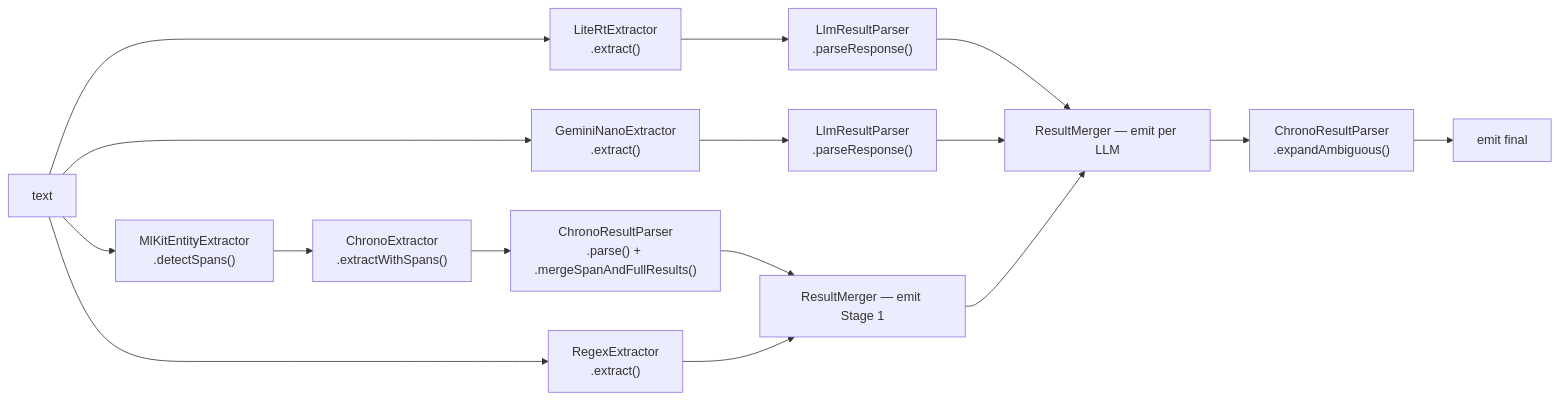
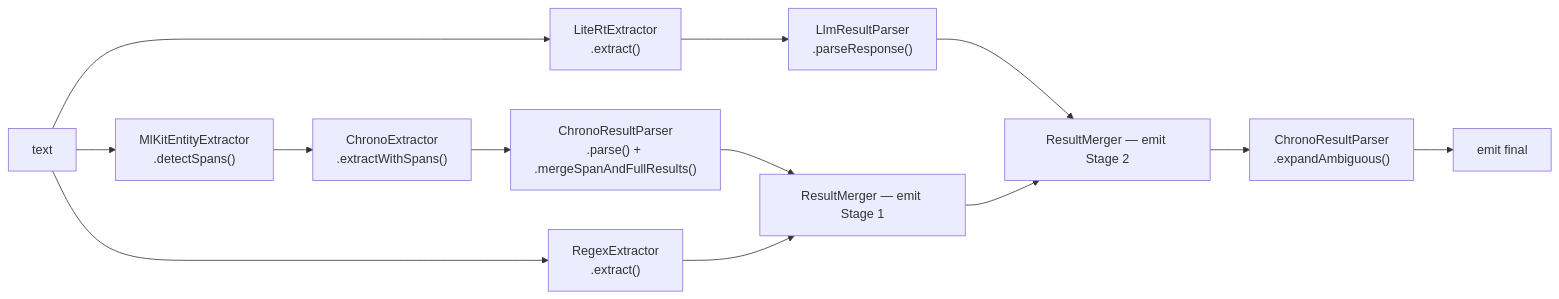
The second of 2 diagrams in docs/architecture/nlp-pipeline.md (Tien-Lam/ChronoShift), drawn with Mermaid before and after one commit. The commit also changed other lines of this file and 27 other files, not shown here.

````diff
--- a/docs/architecture/nlp-pipeline.md
+++ b/docs/architecture/nlp-pipeline.md
@@ -75,25 +70,21 @@
 ```mermaid
 flowchart LR
     text[text]
 
     text --> mlkit["MlKitEntityExtractor\n.detectSpans()"]
     mlkit --> chrono["ChronoExtractor\n.extractWithSpans()"]
     chrono --> chronoparse["ChronoResultParser\n.parse() + .mergeSpanAndFullResults()"]
 
     text --> regex["RegexExtractor\n.extract()"]
 
     chronoparse --> merge1["ResultMerger — emit Stage 1"]
     regex --> merge1
 
     text --> litert["LiteRtExtractor\n.extract()"]
-    text --> gemini["GeminiNanoExtractor\n.extract()"]
-    litert --> llmparse1["LlmResultParser\n.parseResponse()"]
-    gemini --> llmparse2["LlmResultParser\n.parseResponse()"]
-
-    llmparse1 --> merge2["ResultMerger — emit per LLM"]
-    llmparse2 --> merge2
+    litert --> llmparse["LlmResultParser\n.parseResponse()"]
+    llmparse --> merge2["ResultMerger — emit Stage 2"]
     merge1 --> merge2
 
     merge2 --> expand["ChronoResultParser\n.expandAmbiguous()"]
     expand --> final[emit final]
 ```
````
